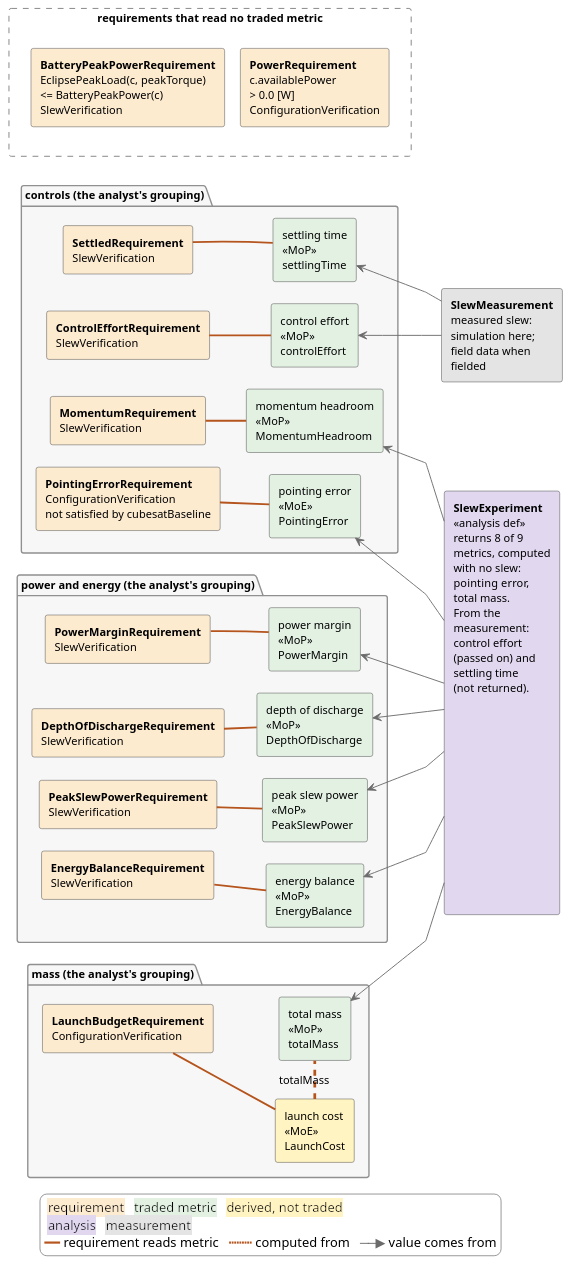
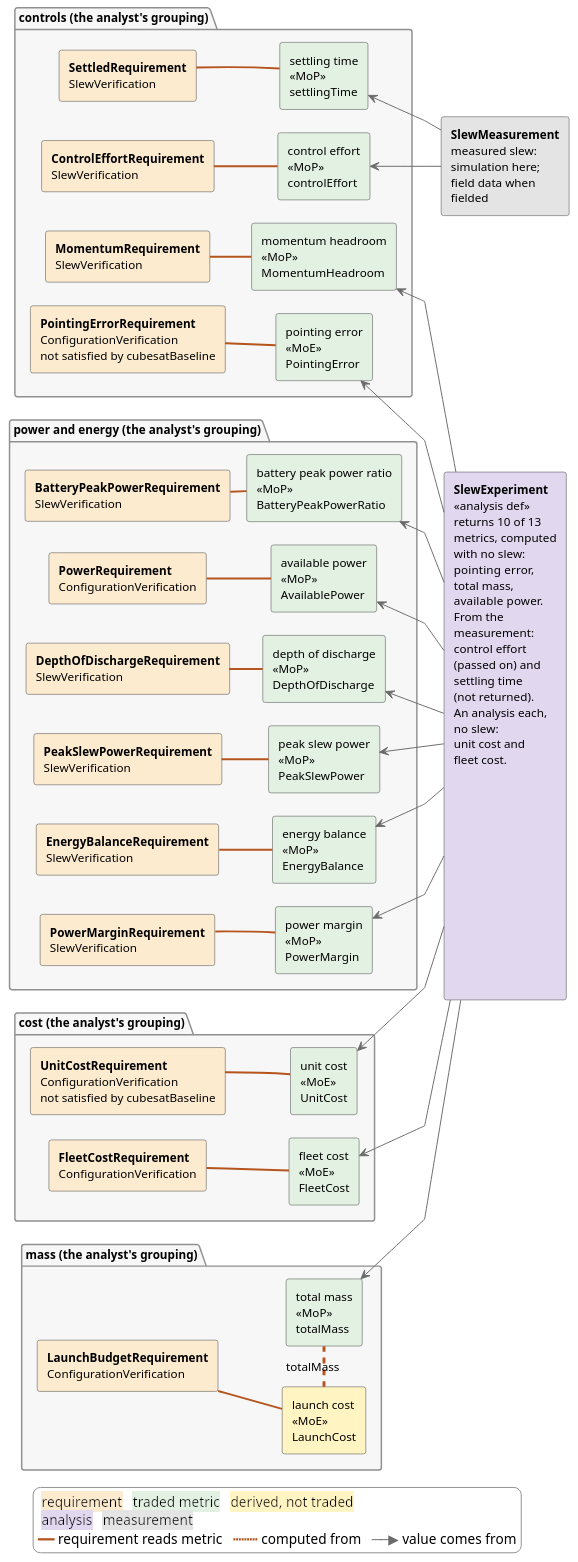
One commit to DynamicalSystemsGroup/hyperbolic-trade-space changed the diagram in examples/adcs/model_v2/views/behavioural_view.puml. Above: the diagram before and after it, drawn with PlantUML. The commit also changed 9 other files, not shown here.

Commit message:
WP30 gate step 9: coverage.py, the views (PlantUML), the paper's behavioural view, the how-to block regenerated on the 3,000-design data; the named candidates are fleets of one in the empirical column; three new disagreements (the battery peak power ratio reads the saturated peak torque)

```diff
--- a/examples/adcs/model_v2/views/behavioural_view.puml
+++ b/examples/adcs/model_v2/views/behavioural_view.puml
@@ -1,100 +1,119 @@
 @startuml
 left to right direction
 skinparam linetype polyline
 skinparam shadowing false
 skinparam defaultFontName SansSerif
 skinparam defaultFontSize 12
 skinparam ClassBackgroundColor white
 skinparam ClassBorderColor #404040
 skinparam ClassAttributeIconSize 0
 skinparam ArrowColor #404040
 skinparam RectangleBackgroundColor white
 skinparam RectangleBorderColor #404040
 skinparam PackageBackgroundColor #F7F7F7
 skinparam PackageBorderColor #909090
 skinparam LegendBackgroundColor white
 skinparam LegendBorderColor #909090
 skinparam nodesep 24
 skinparam ranksep 12
 hide circle
 hide empty members
 
 scale 700 width
 
 package "controls (the analyst's grouping)" {
   rectangle "**SettledRequirement**\nSlewVerification" as xSettledrequirement #FDEBD0
   rectangle "**ControlEffortRequirement**\nSlewVerification" as xControleffortrequirement #FDEBD0
   rectangle "**PointingErrorRequirement**\nConfigurationVerification\nnot satisfied by cubesatBaseline" as xPointingerrorrequirement #FDEBD0
   rectangle "**MomentumRequirement**\nSlewVerification" as xMomentumrequirement #FDEBD0
   rectangle "settling time\n<<MoP>>\nsettlingTime" as xSettlingTime #E3F1E3
   rectangle "control effort\n<<MoP>>\ncontrolEffort" as xControlEffort #E3F1E3
   rectangle "pointing error\n<<MoE>>\nPointingError" as xPointingError #E3F1E3
   rectangle "momentum headroom\n<<MoP>>\nMomentumHeadroom" as xMomentumHeadroom #E3F1E3
 }
 xSettledrequirement -[hidden]right-> xControleffortrequirement
 xControleffortrequirement -[hidden]right-> xPointingerrorrequirement
 xPointingerrorrequirement -[hidden]right-> xMomentumrequirement
 xSettlingTime -[hidden]right-> xControlEffort
 xControlEffort -[hidden]right-> xPointingError
 xPointingError -[hidden]right-> xMomentumHeadroom
 xSettledrequirement -[hidden]-> xSettlingTime
 package "power and energy (the analyst's grouping)" {
   rectangle "**PowerMarginRequirement**\nSlewVerification" as xPowermarginrequirement #FDEBD0
   rectangle "**EnergyBalanceRequirement**\nSlewVerification" as xEnergybalancerequirement #FDEBD0
   rectangle "**PeakSlewPowerRequirement**\nSlewVerification" as xPeakslewpowerrequirement #FDEBD0
   rectangle "**DepthOfDischargeRequirement**\nSlewVerification" as xDepthofdischargerequirement #FDEBD0
+  rectangle "**PowerRequirement**\nConfigurationVerification" as xPowerrequirement #FDEBD0
+  rectangle "**BatteryPeakPowerRequirement**\nSlewVerification" as xBatterypeakpowerrequirement #FDEBD0
   rectangle "power margin\n<<MoP>>\nPowerMargin" as xPowerMargin #E3F1E3
   rectangle "energy balance\n<<MoP>>\nEnergyBalance" as xEnergyBalance #E3F1E3
   rectangle "peak slew power\n<<MoP>>\nPeakSlewPower" as xPeakSlewPower #E3F1E3
   rectangle "depth of discharge\n<<MoP>>\nDepthOfDischarge" as xDepthOfDischarge #E3F1E3
+  rectangle "available power\n<<MoP>>\nAvailablePower" as xAvailablePower #E3F1E3
+  rectangle "battery peak power ratio\n<<MoP>>\nBatteryPeakPowerRatio" as xBatteryPeakPowerRatio #E3F1E3
 }
 xPowermarginrequirement -[hidden]right-> xEnergybalancerequirement
 xEnergybalancerequirement -[hidden]right-> xPeakslewpowerrequirement
 xPeakslewpowerrequirement -[hidden]right-> xDepthofdischargerequirement
+xDepthofdischargerequirement -[hidden]right-> xPowerrequirement
+xPowerrequirement -[hidden]right-> xBatterypeakpowerrequirement
 xPowerMargin -[hidden]right-> xEnergyBalance
 xEnergyBalance -[hidden]right-> xPeakSlewPower
 xPeakSlewPower -[hidden]right-> xDepthOfDischarge
+xDepthOfDischarge -[hidden]right-> xAvailablePower
+xAvailablePower -[hidden]right-> xBatteryPeakPowerRatio
 xPowermarginrequirement -[hidden]-> xPowerMargin
 package "mass (the analyst's grouping)" {
   rectangle "**LaunchBudgetRequirement**\nConfigurationVerification" as xLaunchbudgetrequirement #FDEBD0
   rectangle "launch cost\n<<MoE>>\nLaunchCost" as xLaunchcost #FFF4C2
   rectangle "total mass\n<<MoP>>\ntotalMass" as xTotalMass #E3F1E3
 }
 xLaunchbudgetrequirement -[hidden]-> xTotalMass
-rectangle "requirements that read no traded metric" as xNoLine #FFFFFF;line:gray;line.dashed {
-  rectangle "**BatteryPeakPowerRequirement**\nEclipsePeakLoad(c, peakTorque)\n<= BatteryPeakPower(c)\nSlewVerification" as xBatterypeakpowerrequirement #FDEBD0
-  rectangle "**PowerRequirement**\nc.availablePower\n> 0.0 [W]\nConfigurationVerification" as xPowerrequirement #FDEBD0
-  xBatterypeakpowerrequirement -[hidden]-> xPowerrequirement
+package "cost (the analyst's grouping)" {
+  rectangle "**UnitCostRequirement**\nConfigurationVerification\nnot satisfied by cubesatBaseline" as xUnitcostrequirement #FDEBD0
+  rectangle "**FleetCostRequirement**\nConfigurationVerification" as xFleetcostrequirement #FDEBD0
+  rectangle "unit cost\n<<MoE>>\nUnitCost" as xUnitCost #E3F1E3
+  rectangle "fleet cost\n<<MoE>>\nFleetCost" as xFleetCost #E3F1E3
 }
-xLaunchbudgetrequirement -[hidden]right-> xNoLine
+xUnitcostrequirement -[hidden]right-> xFleetcostrequirement
+xUnitCost -[hidden]right-> xFleetCost
+xUnitcostrequirement -[hidden]-> xUnitCost
 
-rectangle "**SlewExperiment**\n<<analysis def>>\nreturns 8 of 9\nmetrics, computed\nwith no slew:\npointing error,\ntotal mass.\nFrom the\nmeasurement:\ncontrol effort\n(passed on) and\nsettling time\n(not returned).\n\n\n\n\n\n\n\n\n\n\n\n\n\n" as xAnalysis #E1D8F0
+rectangle "**SlewExperiment**\n<<analysis def>>\nreturns 10 of 13\nmetrics, computed\nwith no slew:\npointing error,\ntotal mass,\navailable power.\nFrom the\nmeasurement:\ncontrol effort\n(passed on) and\nsettling time\n(not returned).\nAn analysis each,\nno slew:\nunit cost and\nfleet cost.\n\n\n\n\n\n\n\n\n\n\n\n\n\n" as xAnalysis #E1D8F0
 rectangle "**SlewMeasurement**\nmeasured slew:\nsimulation here;\nfield data when\nfielded" as xMeasure #E4E4E4
 xMeasure -[hidden]right-> xAnalysis
 
+xBatterypeakpowerrequirement -[#B5541C,thickness=2]- xBatteryPeakPowerRatio
 xControleffortrequirement -[#B5541C,thickness=2]- xControlEffort
 xDepthofdischargerequirement -[#B5541C,thickness=2]- xDepthOfDischarge
 xEnergybalancerequirement -[#B5541C,thickness=2]- xEnergyBalance
+xFleetcostrequirement -[#B5541C,thickness=2]- xFleetCost
 xLaunchbudgetrequirement -[#B5541C,thickness=2]- xLaunchcost
 xLaunchcost -[#B5541C,dashed,thickness=3]right- xTotalMass : totalMass
 xMomentumrequirement -[#B5541C,thickness=2]- xMomentumHeadroom
 xPeakslewpowerrequirement -[#B5541C,thickness=2]- xPeakSlewPower
 xPointingerrorrequirement -[#B5541C,thickness=2]- xPointingError
 xPowermarginrequirement -[#B5541C,thickness=2]- xPowerMargin
+xPowerrequirement -[#B5541C,thickness=2]- xAvailablePower
 xSettledrequirement -[#B5541C,thickness=2]- xSettlingTime
+xUnitcostrequirement -[#B5541C,thickness=2]- xUnitCost
 xSettlingTime <-[#6B6B6B]- xMeasure
 xPointingError <-[#6B6B6B]- xAnalysis
 xTotalMass <-[#6B6B6B]- xAnalysis
 xControlEffort <-[#6B6B6B]- xMeasure
 xPowerMargin <-[#6B6B6B]- xAnalysis
 xEnergyBalance <-[#6B6B6B]- xAnalysis
 xPeakSlewPower <-[#6B6B6B]- xAnalysis
 xDepthOfDischarge <-[#6B6B6B]- xAnalysis
 xMomentumHeadroom <-[#6B6B6B]- xAnalysis
+xAvailablePower <-[#6B6B6B]- xAnalysis
+xBatteryPeakPowerRatio <-[#6B6B6B]- xAnalysis
+xUnitCost <-[#6B6B6B]- xAnalysis
+xFleetCost <-[#6B6B6B]- xAnalysis
 
 legend bottom
   <back:#FDEBD0> requirement </back> <back:#E3F1E3> traded metric </back> <back:#FFF4C2> derived, not traded </back>
   <back:#E1D8F0> analysis </back> <back:#E4E4E4> measurement </back>
   <color:#B5541C>━━</color> requirement reads metric   <color:#B5541C>┅┅┅</color> computed from   <color:#6B6B6B>──▶</color> value comes from
 end legend
 @enduml
```
